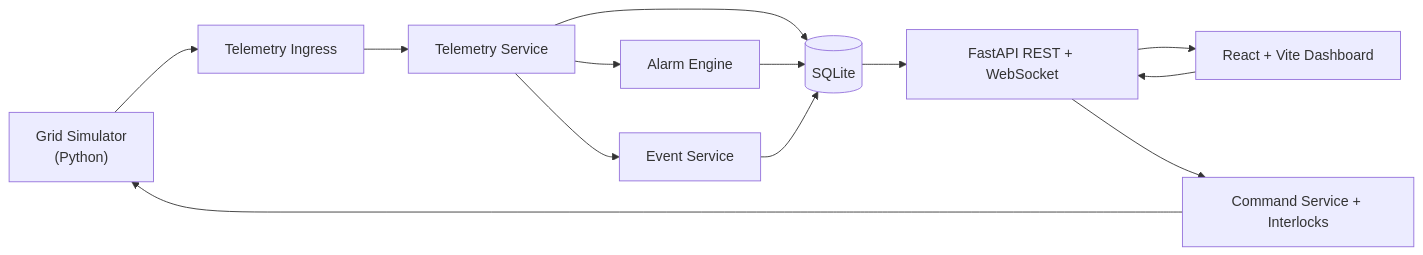
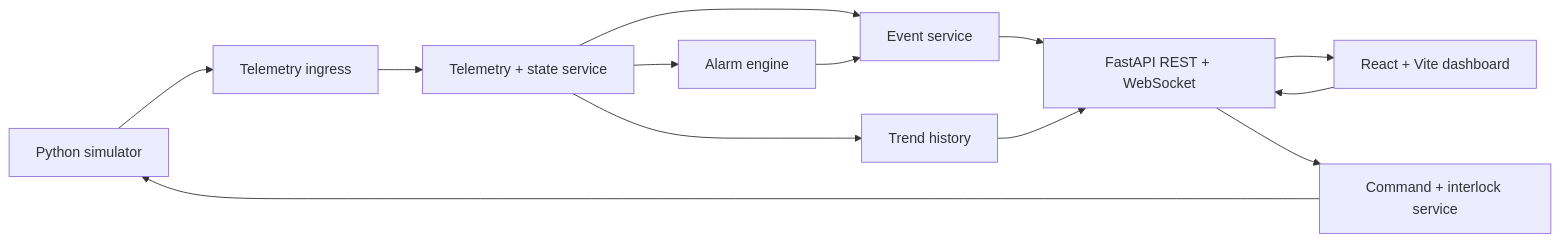
Before and after one commit to thorelvin/mini-grid-scada: the diagram in docs/architecture.md, drawn with Mermaid. The commit also changed other lines of this file and 29 other files, not shown here.

````diff
--- a/docs/architecture.md
+++ b/docs/architecture.md
@@ -43,15 +34,15 @@
 ```mermaid
 flowchart LR
-    Sim["Grid Simulator\n(Python)"] --> Ingress["Telemetry Ingress"]
-    Ingress --> Telemetry["Telemetry Service"]
-    Telemetry --> Alarm["Alarm Engine"]
-    Telemetry --> Event["Event Service"]
-    Telemetry --> Repo[(SQLite)]
-    Alarm --> Repo
-    Event --> Repo
-    Repo --> API["FastAPI REST + WebSocket"]
-    API --> UI["React + Vite Dashboard"]
+    Sim["Python simulator"] --> Ingress["Telemetry ingress"]
+    Ingress --> State["Telemetry + state service"]
+    State --> Alarm["Alarm engine"]
+    State --> Event["Event service"]
+    State --> Trends["Trend history"]
+    Alarm --> Event
+    Event --> API["FastAPI REST + WebSocket"]
+    Trends --> API
+    API --> UI["React + Vite dashboard"]
     UI --> API
-    API --> Cmd["Command Service + Interlocks"]
+    API --> Cmd["Command + interlock service"]
     Cmd --> Sim
 ```
````
